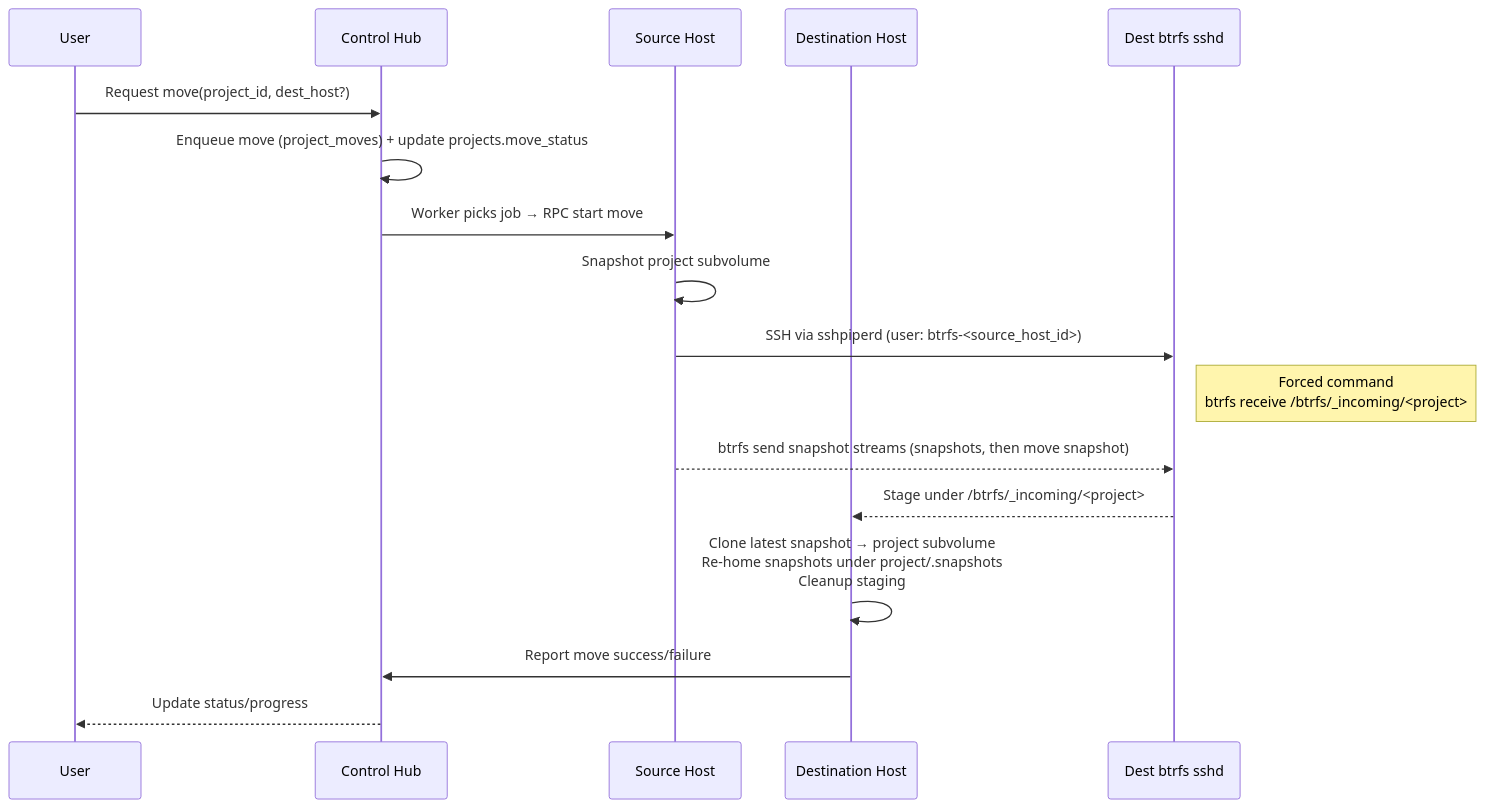
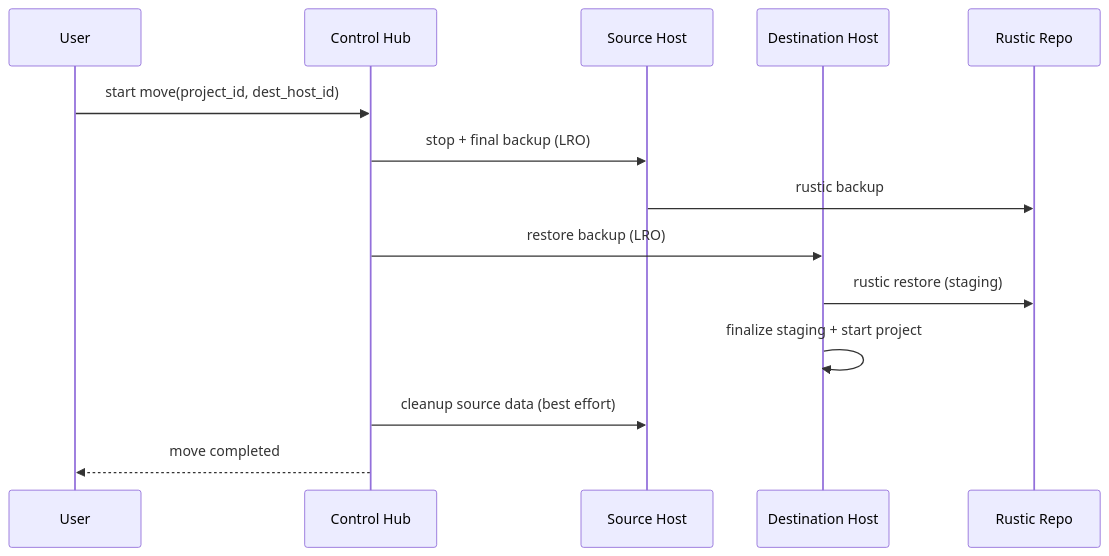
Before and after one commit to sagemathinc/cocalc: the diagram in docs/project-move.md, drawn with Mermaid. The commit also changed other lines of this file and 13 other files, not shown here.

````diff
--- a/docs/project-move.md
+++ b/docs/project-move.md
@@ -5,20 +15,17 @@
 ```mermaid
 sequenceDiagram
-    participant User
-    participant Hub as Control Hub
-    participant Src as Source Host
-    participant Dest as Destination Host
-    participant DestSSH as Dest btrfs sshd
+  participant User
+  participant Hub as Control Hub
+  participant Src as Source Host
+  participant Dest as Destination Host
+  participant Repo as Rustic Repo
 
-    User->>Hub: Request move(project_id, dest_host?)
-    Hub->>Hub: Enqueue move (project_moves) + update projects.move_status
-    Hub->>Src: Worker picks job → RPC start move
-    Src->>Src: Snapshot project subvolume
-    Src->>DestSSH: SSH via sshpiperd (user: btrfs-<source_host_id>)
-    note right of DestSSH: Forced command<br/>btrfs receive /btrfs/_incoming/<project>
-    Src-->>DestSSH: btrfs send snapshot streams (snapshots, then move snapshot)
-    DestSSH-->>Dest: Stage under /btrfs/_incoming/<project>
-    Dest->>Dest: Clone latest snapshot → project subvolume<br/>Re-home snapshots under project/.snapshots<br/>Cleanup staging
-    Dest->>Hub: Report move success/failure
-    Hub-->>User: Update status/progress
+  User->>Hub: start move(project_id, dest_host_id)
+  Hub->>Src: stop + final backup (LRO)
+  Src->>Repo: rustic backup
+  Hub->>Dest: restore backup (LRO)
+  Dest->>Repo: rustic restore (staging)
+  Dest->>Dest: finalize staging + start project
+  Hub->>Src: cleanup source data (best effort)
+  Hub-->>User: move completed
 ```
````
